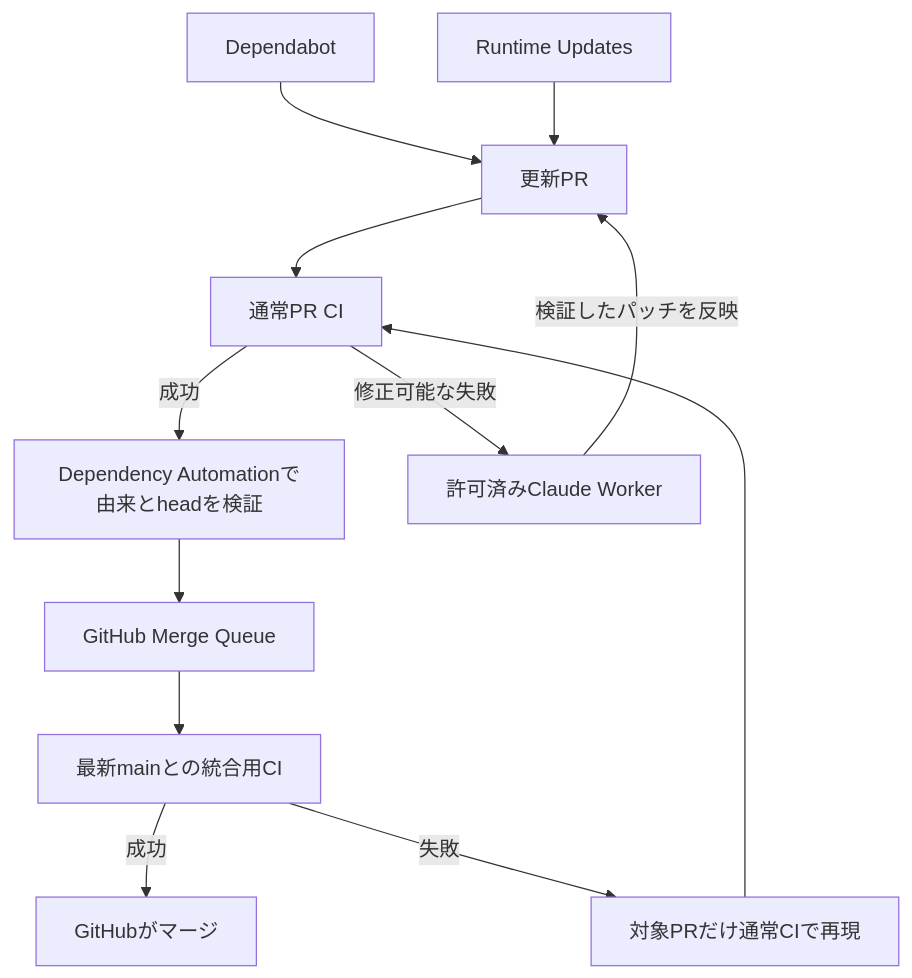
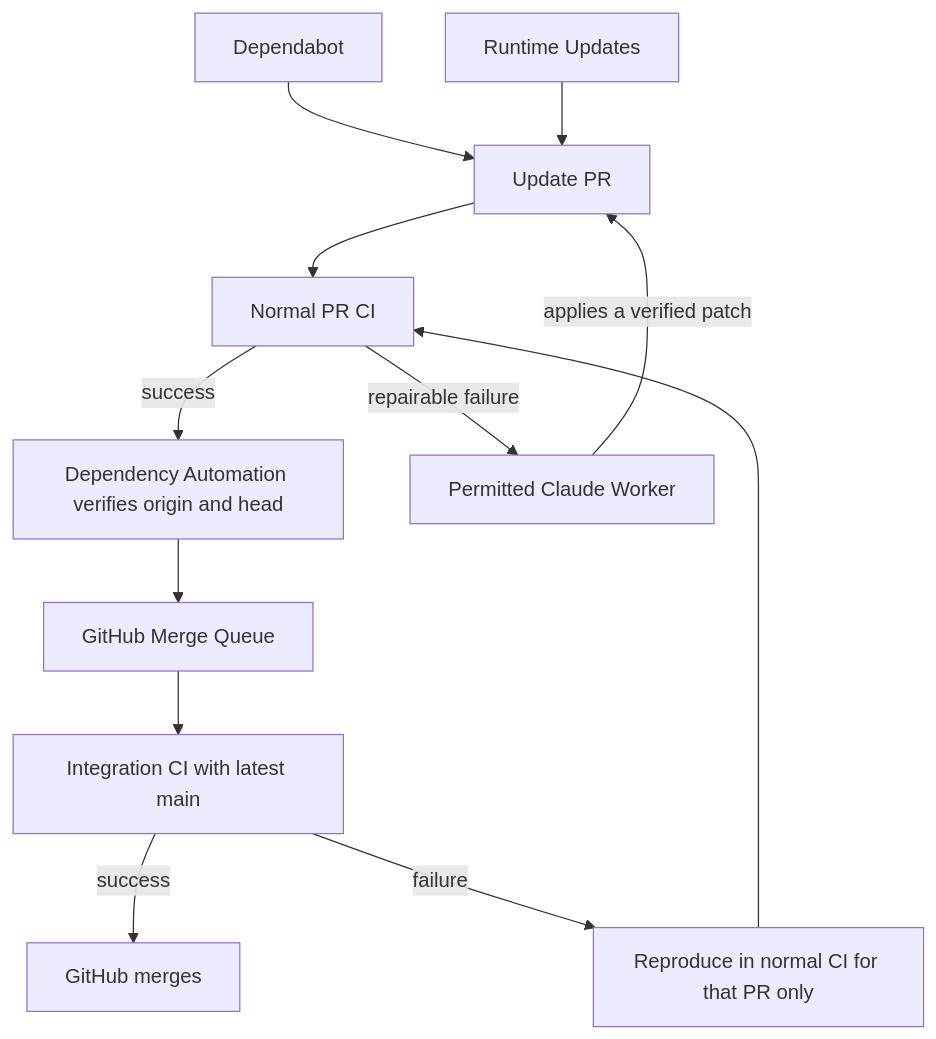
The diagram in .github/dependency-automation.md (yukiharada1228/videoq), drawn with Mermaid before and after one commit. The commit also changed other lines of this file and 72 other files, not shown here.

````diff
--- a/.github/dependency-automation.md
+++ b/.github/dependency-automation.md
@@ -15,14 +16,14 @@
 ```mermaid
 flowchart TD
-  D[Dependabot] --> P[更新PR]
+  D[Dependabot] --> P[Update PR]
   R[Runtime Updates] --> P
-  P --> V[通常PR CI]
-  V -->|成功| C[Dependency Automationで由来とheadを検証]
+  P --> V[Normal PR CI]
+  V -->|success| C[Dependency Automation verifies origin and head]
   C --> Q[GitHub Merge Queue]
-  Q --> G[最新mainとの統合用CI]
-  G -->|成功| M[GitHubがマージ]
-  G -->|失敗| F[対象PRだけ通常CIで再現]
+  Q --> G[Integration CI with latest main]
+  G -->|success| M[GitHub merges]
+  G -->|failure| F[Reproduce in normal CI for that PR only]
   F --> V
-  V -->|修正可能な失敗| A[許可済みClaude Worker]
-  A -->|検証したパッチを反映| P
+  V -->|repairable failure| A[Permitted Claude Worker]
+  A -->|applies a verified patch| P
 ```
````
